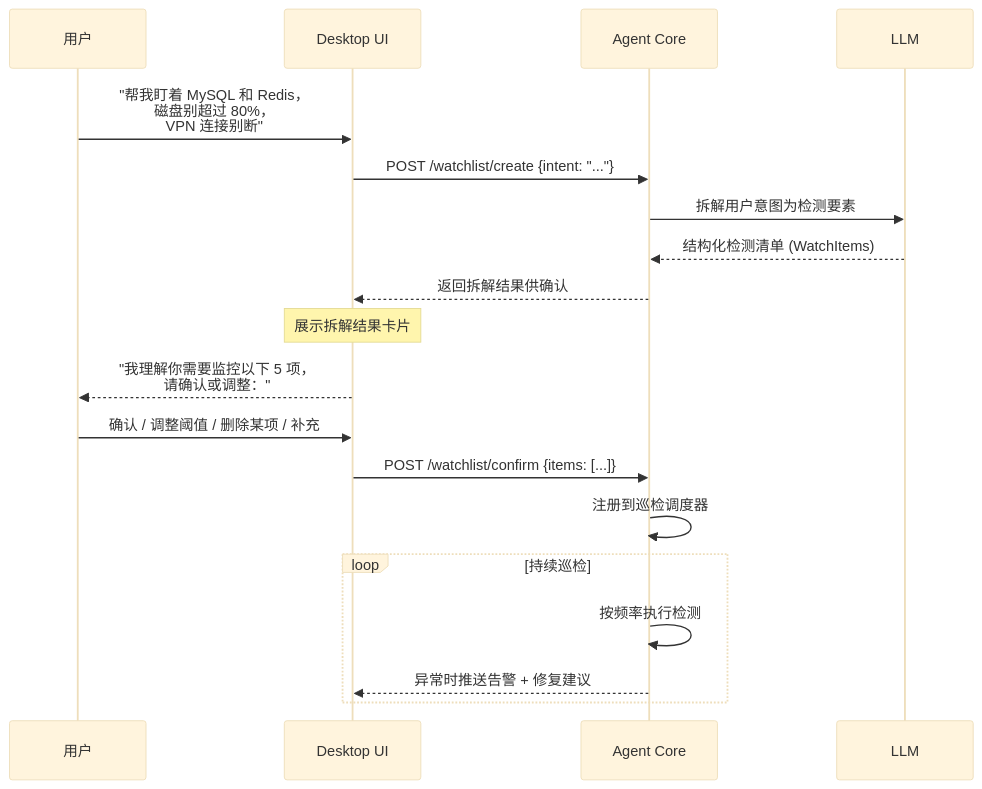
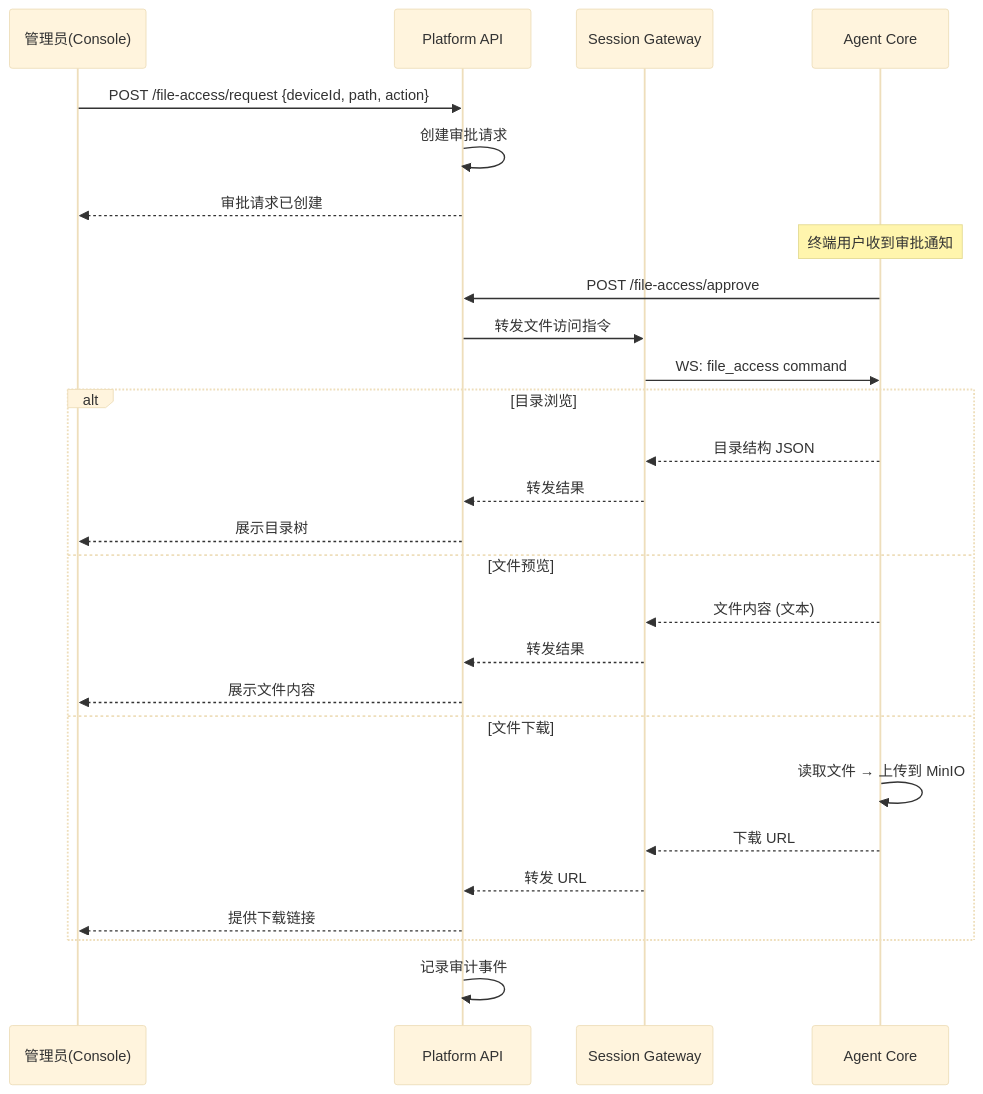
One commit to zy-eagle/envnexus changed the second of 3 diagrams in docs/omnidev-state/main/01-blueprint.md. Above: the diagram before and after it, drawn with Mermaid (base theme). The commit also changed other lines of this file and 8 other files, not shown here.

````diff
--- a/docs/omnidev-state/main/01-blueprint.md
+++ b/docs/omnidev-state/main/01-blueprint.md
@@ -265,25 +178,33 @@
 ```mermaid
 sequenceDiagram
-    participant U as 用户
-    participant D as Desktop UI
-    participant C as Agent Core
-    participant L as LLM
+    participant Admin as 管理员(Console)
+    participant Platform as Platform API
+    participant GW as Session Gateway
+    participant Agent as Agent Core
 
-    U->>D: "帮我盯着 MySQL 和 Redis，<br/>磁盘别超过 80%，<br/>VPN 连接别断"
-    D->>C: POST /watchlist/create {intent: "..."}
-    C->>L: 拆解用户意图为检测要素
-    L-->>C: 结构化检测清单 (WatchItems)
-    C-->>D: 返回拆解结果供确认
+    Admin->>Platform: POST /file-access/request {deviceId, path, action}
+    Platform->>Platform: 创建审批请求
+    Platform-->>Admin: 审批请求已创建
 
-    Note over D: 展示拆解结果卡片
-    D-->>U: "我理解你需要监控以下 5 项，<br/>请确认或调整："
+    Note over Agent: 终端用户收到审批通知
+    Agent->>Platform: POST /file-access/approve
+    Platform->>GW: 转发文件访问指令
+    GW->>Agent: WS: file_access command
 
-    U->>D: 确认 / 调整阈值 / 删除某项 / 补充
-    D->>C: POST /watchlist/confirm {items: [...]}
-    C->>C: 注册到巡检调度器
+    alt 目录浏览
+        Agent-->>GW: 目录结构 JSON
+        GW-->>Platform: 转发结果
+        Platform-->>Admin: 展示目录树
+    else 文件预览
+        Agent-->>GW: 文件内容 (文本)
+        GW-->>Platform: 转发结果
+        Platform-->>Admin: 展示文件内容
+    else 文件下载
+        Agent->>Agent: 读取文件 → 上传到 MinIO
+        Agent-->>GW: 下载 URL
+        GW-->>Platform: 转发 URL
+        Platform-->>Admin: 提供下载链接
+    end
 
-    loop 持续巡检
-        C->>C: 按频率执行检测
-        C-->>D: 异常时推送告警 + 修复建议
-    end
+    Platform->>Platform: 记录审计事件
 ```
````
